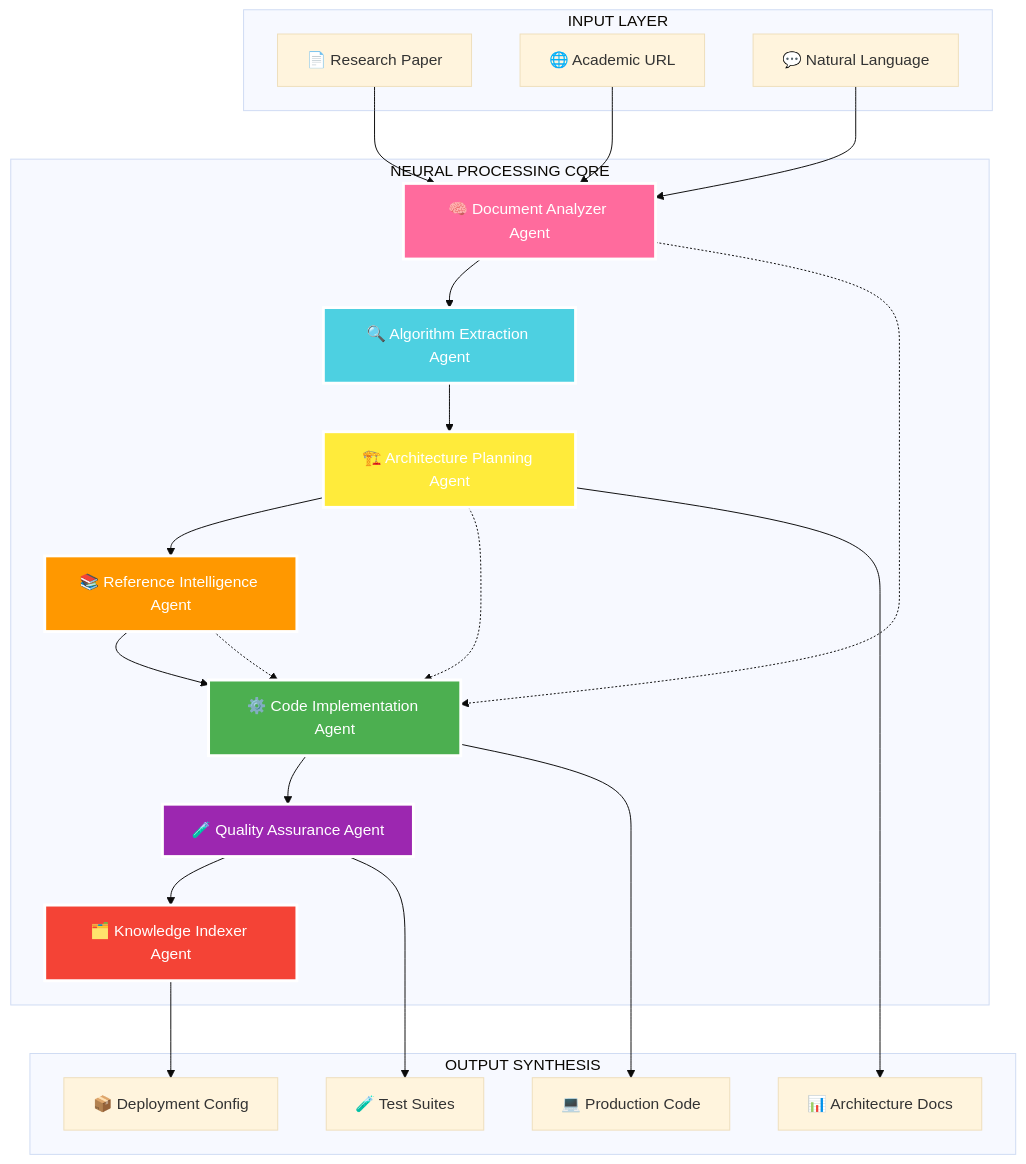
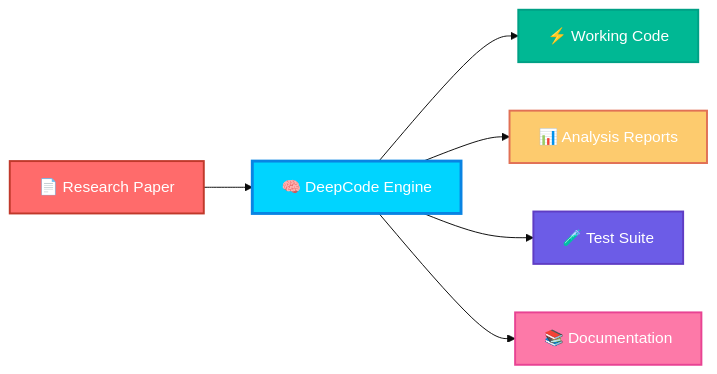
The diagram in README.md (randy888chan/DeepCode), drawn with Mermaid (base theme) before and after one commit. The commit also changed other lines of this file, not shown here.

````diff
--- a/README.md
+++ b/README.md
@@ -120,51 +38,15 @@
 ```mermaid
-graph TB
-    subgraph "INPUT LAYER"
-        A[📄 Research Paper] 
-        B[🌐 Academic URL]
-        C[💬 Natural Language]
-    end
+graph LR
+    A[📄 Research Paper] --> B[🧠 DeepCode Engine]
+    B --> C[⚡ Working Code]
+    B --> D[📊 Analysis Reports]
+    B --> E[🧪 Test Suite]
+    B --> F[📚 Documentation]
     
-    subgraph "NEURAL PROCESSING CORE"
-        D[🧠 Document Analyzer Agent]
-        E[🔍 Algorithm Extraction Agent]
-        F[🏗️ Architecture Planning Agent]
-        G[📚 Reference Intelligence Agent]
-        H[⚙️ Code Implementation Agent]
-        I[🧪 Quality Assurance Agent]
-        J[🗂️ Knowledge Indexer Agent]
-    end
-    
-    subgraph "OUTPUT SYNTHESIS"
-        K[💻 Production Code]
-        L[📊 Architecture Docs]
-        M[🧪 Test Suites]
-        N[📦 Deployment Config]
-    end
-    
-    A --> D
-    B --> D  
-    C --> D
-    D --> E
-    E --> F
-    F --> G
-    G --> H
-    H --> I
-    I --> J
-    D -.-> H
-    F -.-> H
-    G -.-> H
-    
-    H --> K
-    F --> L
-    I --> M
-    J --> N
-    
-    style D fill:#ff6b9d,stroke:#fff,stroke-width:3px,color:#fff
-    style E fill:#4dd0e1,stroke:#fff,stroke-width:3px,color:#fff
-    style F fill:#ffeb3b,stroke:#fff,stroke-width:3px,color:#fff
-    style G fill:#ff9800,stroke:#fff,stroke-width:3px,color:#fff
-    style H fill:#4caf50,stroke:#fff,stroke-width:3px,color:#fff
-    style I fill:#9c27b0,stroke:#fff,stroke-width:3px,color:#fff
-    style J fill:#f44336,stroke:#fff,stroke-width:3px,color:#fff
+    style A fill:#ff6b6b,stroke:#c0392b,stroke-width:2px,color:#fff
+    style B fill:#00d4ff,stroke:#0984e3,stroke-width:3px,color:#fff
+    style C fill:#00b894,stroke:#00a085,stroke-width:2px,color:#fff
+    style D fill:#fdcb6e,stroke:#e17055,stroke-width:2px,color:#fff
+    style E fill:#6c5ce7,stroke:#5f3dc4,stroke-width:2px,color:#fff
+    style F fill:#fd79a8,stroke:#e84393,stroke-width:2px,color:#fff
 ```
````
